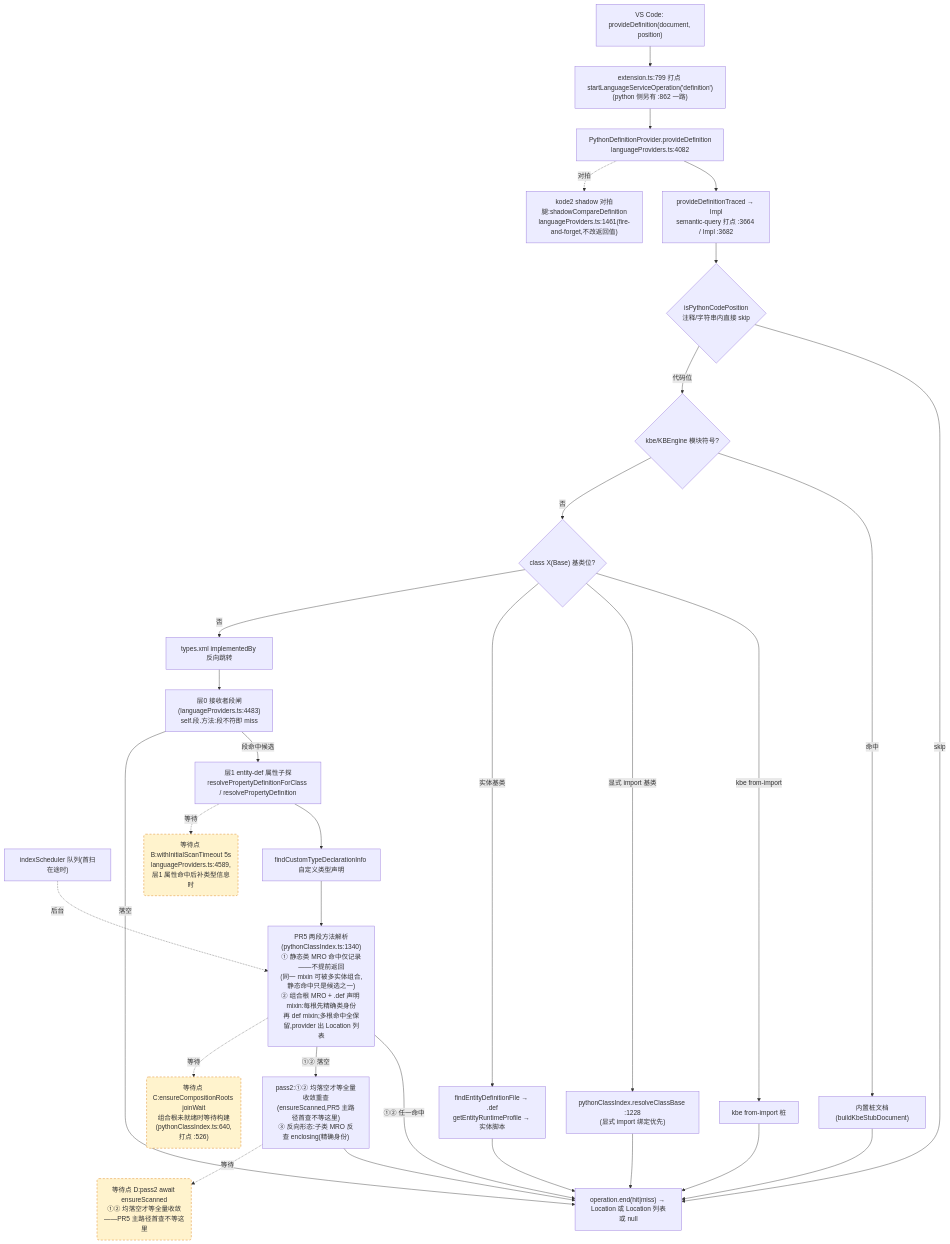
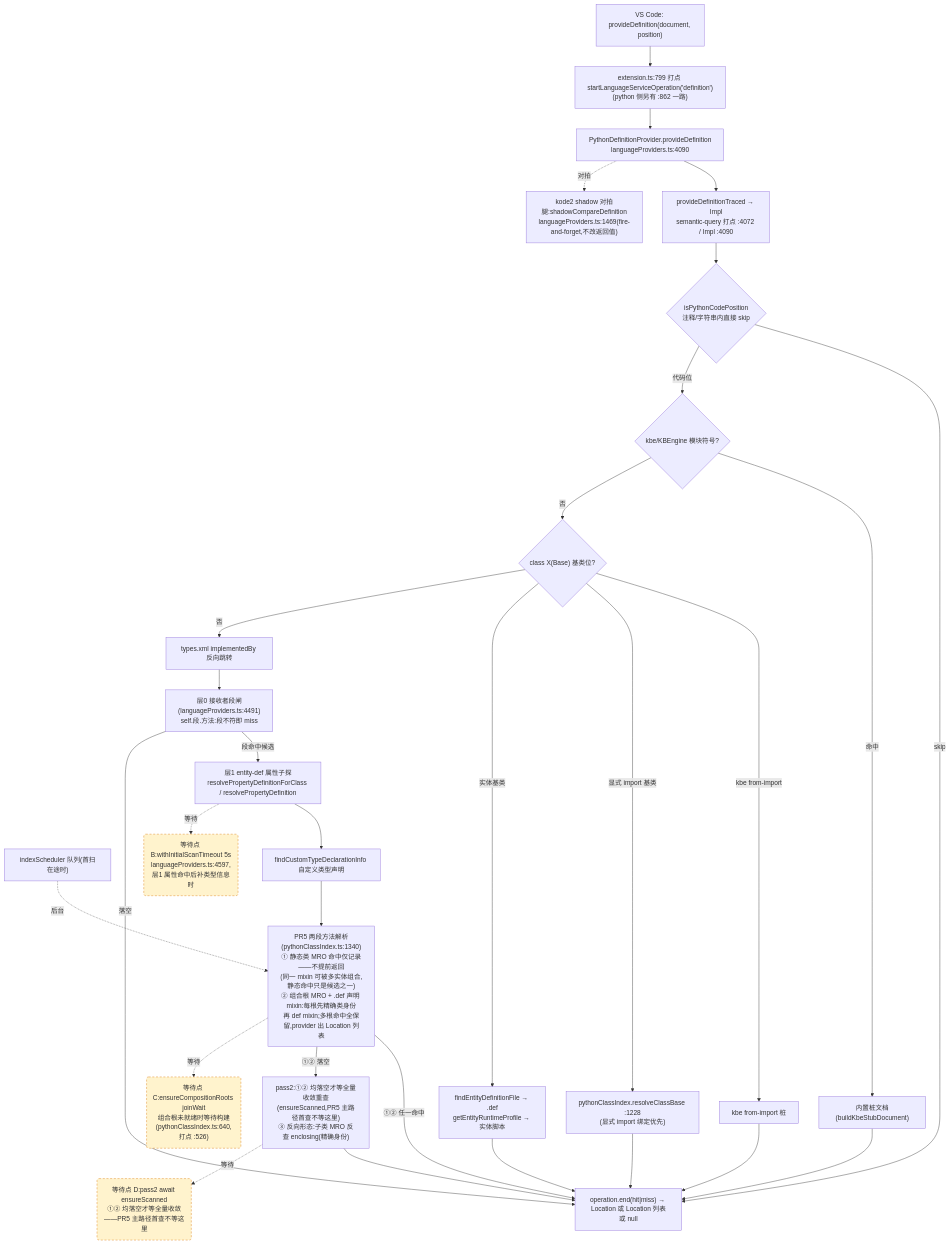
The second of 4 diagrams in docs/perf/2026-baseline.md (cuihairu/kode), drawn with Mermaid before and after one commit. The commit also changed other lines of this file and 4 other files, not shown here.

````diff
--- a/docs/perf/2026-baseline.md
+++ b/docs/perf/2026-baseline.md
@@ -130,51 +130,51 @@
 ```mermaid
 flowchart TD
   VC2["VS Code: provideDefinition(document, position)"]
   M2["extension.ts:799 打点 startLanguageServiceOperation('definition')<br/>(python 侧另有 :862 一路)"]
-  AD2["PythonDefinitionProvider.provideDefinition<br/>languageProviders.ts:4082"]
-  TR["provideDefinitionTraced → Impl<br/>semantic-query 打点 :3664 / Impl :3682"]
+  AD2["PythonDefinitionProvider.provideDefinition<br/>languageProviders.ts:4090"]
+  TR["provideDefinitionTraced → Impl<br/>semantic-query 打点 :4072 / Impl :4090"]
   CTX{"isPythonCodePosition<br/>注释/字符串内直接 skip"}
   KBE{"kbe/KBEngine 模块符号?"}
   STUB["内置桩文档(buildKbeStubDocument)"]
   CB{"class X(Base) 基类位?"}
   CB1["kbe from-import 桩"]
   CB2["pythonClassIndex.resolveClassBase :1228<br/>(显式 import 绑定优先)"]
   CB3["findEntityDefinitionFile → .def<br/>getEntityRuntimeProfile → 实体脚本"]
   REV["types.xml implementedBy 反向跳转"]
-  L0["层0 接收者段闸(languageProviders.ts:4483)<br/>self.段.方法:段不符即 miss"]
+  L0["层0 接收者段闸(languageProviders.ts:4491)<br/>self.段.方法:段不符即 miss"]
   L1["层1 entity-def 属性子探<br/>resolvePropertyDefinitionForClass / resolvePropertyDefinition"]
   SCAN["indexScheduler 队列(首扫在途时)"]
   TY["findCustomTypeDeclarationInfo 自定义类型声明"]
   MRO["PR5 两段方法解析(pythonClassIndex.ts:1340)<br/>① 静态类 MRO 命中仅记录——不提前返回<br/>(同一 mixin 可被多实体组合,静态命中只是候选之一)<br/>② 组合根 MRO + .def 声明 mixin:每根先精确类身份<br/>再 def mixin;多根命中全保留,provider 出 Location 列表"]
   PASS2["pass2:①② 均落空才等全量收敛重查<br/>(ensureScanned,PR5 主路径首查不等这里)<br/>③ 反向形态:子类 MRO 反查 enclosing(精确身份)"]
-  SHD["kode2 shadow 对拍腿:shadowCompareDefinition<br/>languageProviders.ts:1461(fire-and-forget,不改返回值)"]
+  SHD["kode2 shadow 对拍腿:shadowCompareDefinition<br/>languageProviders.ts:1469(fire-and-forget,不改返回值)"]
   END2["operation.end(hit|miss) → Location 或 Location 列表或 null"]
 
   VC2 --> M2 --> AD2 --> TR --> CTX
   CTX -- "skip" --> END2
   CTX -- "代码位" --> KBE
   KBE -- "命中" --> STUB --> END2
   KBE -- "否" --> CB
   CB -- "kbe from-import" --> CB1 --> END2
   CB -- "显式 import 基类" --> CB2 --> END2
   CB -- "实体基类" --> CB3 --> END2
   CB -- "否" --> REV --> L0
   L0 -- "段命中候选" --> L1
   L0 -- "落空" --> END2
   L1 --> TY
   TY --> MRO
   MRO -- "①② 任一命中" --> END2
   MRO -- "①② 落空" --> PASS2 --> END2
   AD2 -.->|对拍| SHD
 
-  WAITB("等待点 B:withInitialScanTimeout 5s<br/>languageProviders.ts:4589,层1 属性命中后补类型信息时")
+  WAITB("等待点 B:withInitialScanTimeout 5s<br/>languageProviders.ts:4597,层1 属性命中后补类型信息时")
   WAITC("等待点 C:ensureCompositionRoots joinWait<br/>组合根未就绪时等待构建(pythonClassIndex.ts:640,打点 :526)")
   WAITD("等待点 D:pass2 await ensureScanned<br/>①② 均落空才等全量收敛——PR5 主路径首查不等这里")
   L1 -.->|等待| WAITB
   MRO -.->|等待| WAITC
   PASS2 -.->|等待| WAITD
   SCAN -.->|后台| MRO
 
   classDef waitPoint fill:#fff3cd,stroke:#d97706,stroke-dasharray:5 4;
   class WAITB,WAITC,WAITD waitPoint;
 ```
````
